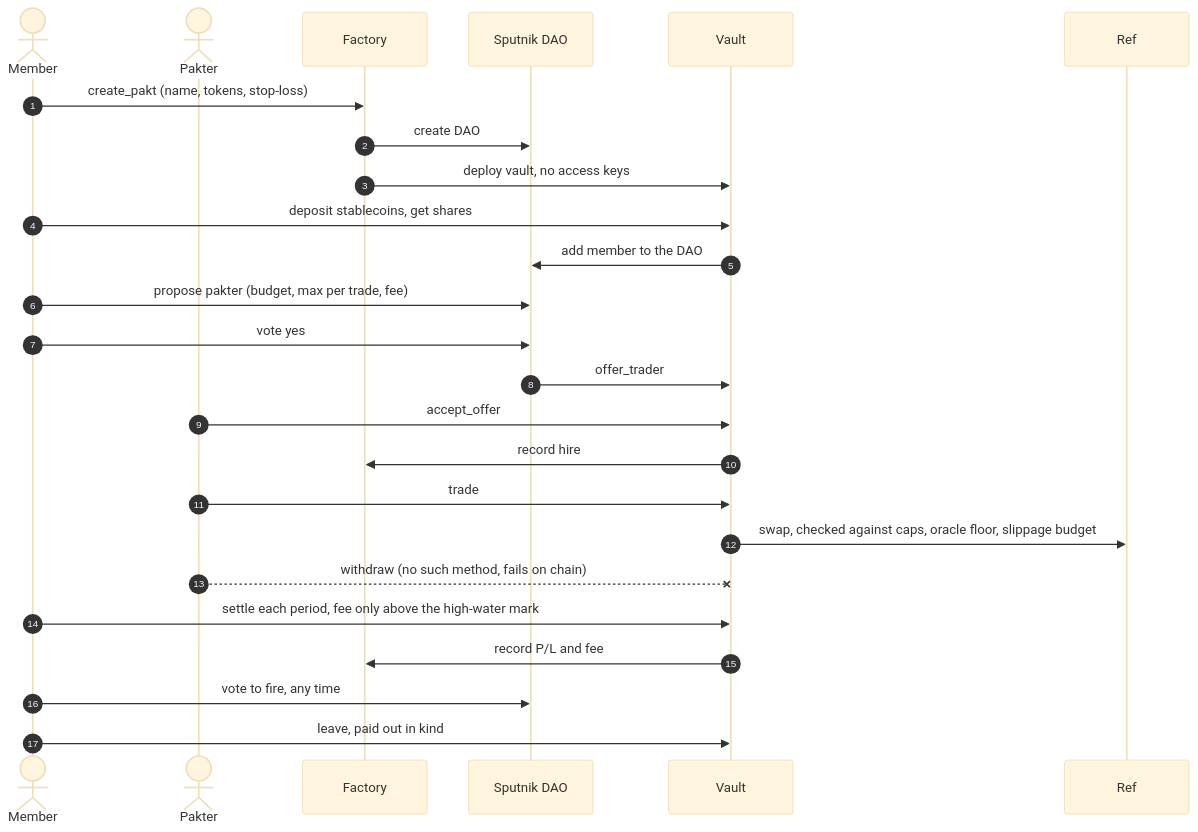
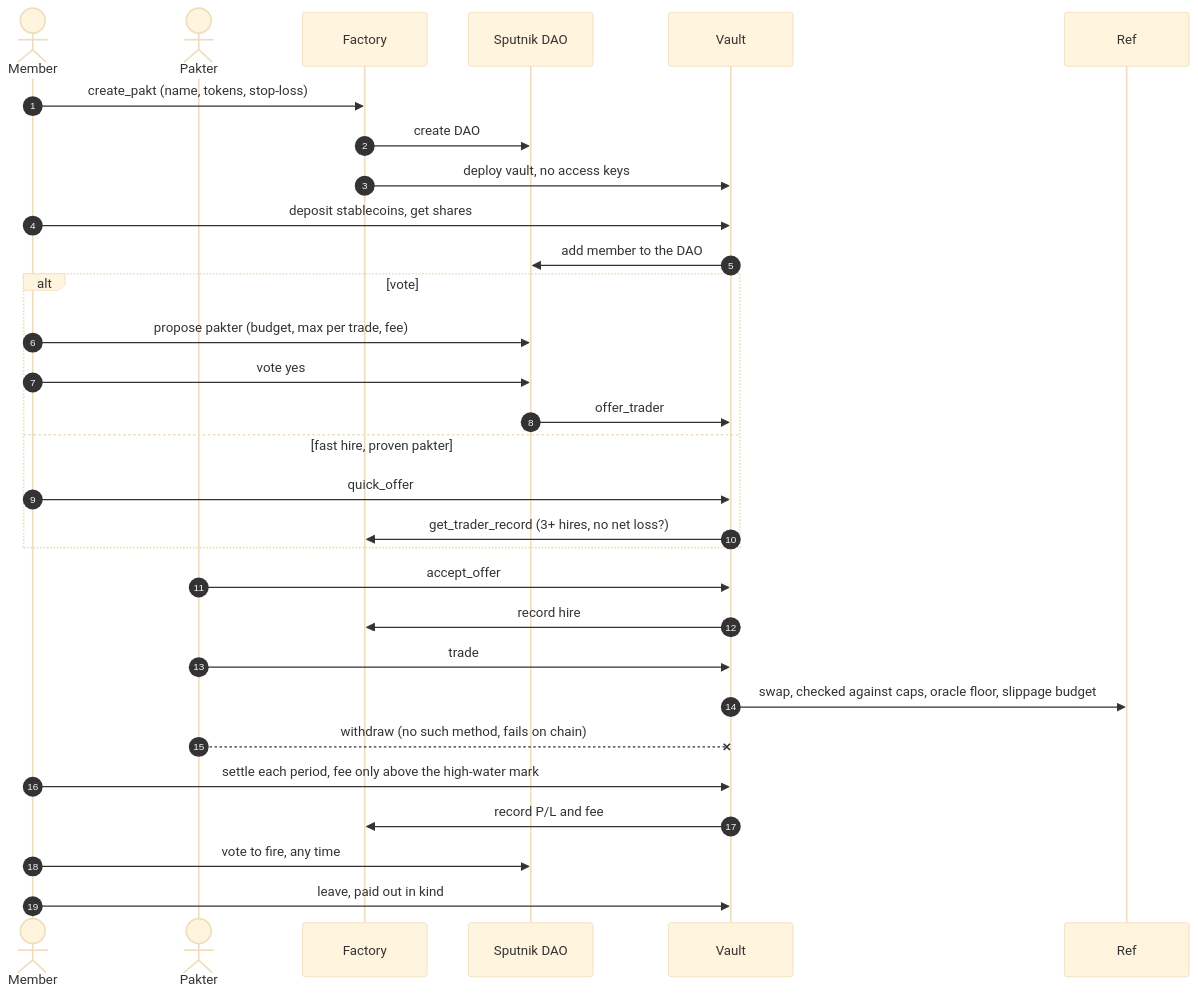
The second of 2 diagrams in README.md (swarupasaha2005-hue/pakt), drawn with Mermaid (base theme) before and after one commit. The commit also changed other lines of this file and 11 other files, not shown here.

Commit message:
fast hire: member offers proven pakter without vote, budget max 25% of vault; readme, legal pages, how-it-works diagram

````diff
--- a/README.md
+++ b/README.md
@@ -222,28 +230,33 @@
 ```mermaid
 sequenceDiagram
   autonumber
   actor M as Member
   actor P as Pakter
   participant F as Factory
   participant D as Sputnik DAO
   participant V as Vault
   participant R as Ref
 
   M->>F: create_pakt (name, tokens, stop-loss)
   F->>D: create DAO
   F->>V: deploy vault, no access keys
   M->>V: deposit stablecoins, get shares
   V->>D: add member to the DAO
-  M->>D: propose pakter (budget, max per trade, fee)
-  M->>D: vote yes
-  D->>V: offer_trader
+  alt vote
+    M->>D: propose pakter (budget, max per trade, fee)
+    M->>D: vote yes
+    D->>V: offer_trader
+  else fast hire, proven pakter
+    M->>V: quick_offer
+    V->>F: get_trader_record (3+ hires, no net loss?)
+  end
   P->>V: accept_offer
   V->>F: record hire
   P->>V: trade
   V->>R: swap, checked against caps, oracle floor, slippage budget
   P--xV: withdraw (no such method, fails on chain)
   M->>V: settle each period, fee only above the high-water mark
   V->>F: record P/L and fee
   M->>D: vote to fire, any time
   M->>V: leave, paid out in kind
 ```
````
